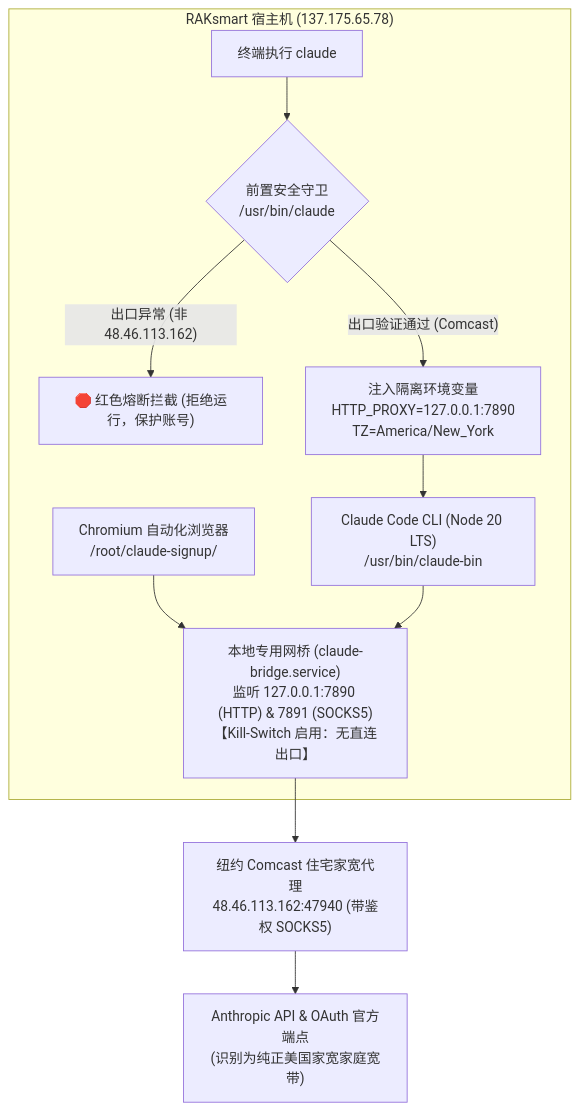
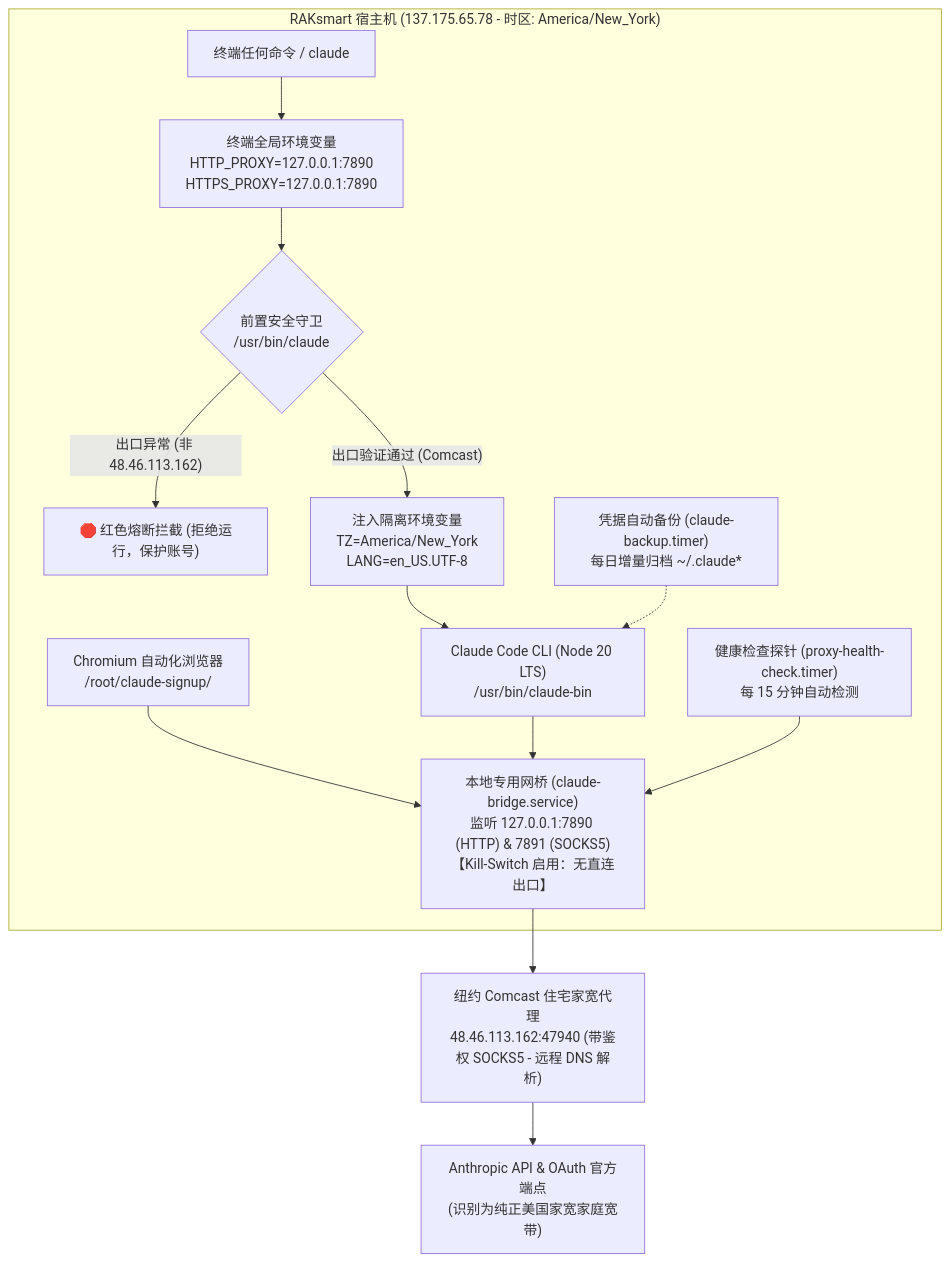
Before and after one commit to Arismemo/dmit: the diagram in playbook/08-rak-claude-residential-proxy.md, drawn with Mermaid. The commit also changed other lines of this file, not shown here.

````diff
--- a/playbook/08-rak-claude-residential-proxy.md
+++ b/playbook/08-rak-claude-residential-proxy.md
@@ -9,14 +9,17 @@
 ```mermaid
 flowchart TD
-    subgraph RAK_Host ["RAKsmart 宿主机 (137.175.65.78)"]
-        UserCLI["终端执行 claude"] --> Guard{"前置安全守卫<br>/usr/bin/claude"}
+    subgraph RAK_Host ["RAKsmart 宿主机 (137.175.65.78 - 时区: America/New_York)"]
+        UserCLI["终端任何命令 / claude"] --> ShellEnv["终端全局环境变量<br>HTTP_PROXY=127.0.0.1:7890<br>HTTPS_PROXY=127.0.0.1:7890"]
+        ShellEnv --> Guard{"前置安全守卫<br>/usr/bin/claude"}
         Guard -- "出口异常 (非 48.46.113.162)" --> Abort["🛑 红色熔断拦截 (拒绝运行，保护账号)"]
-        Guard -- "出口验证通过 (Comcast)" --> SetEnv["注入隔离环境变量<br>HTTP_PROXY=127.0.0.1:7890<br>TZ=America/New_York"]
+        Guard -- "出口验证通过 (Comcast)" --> SetEnv["注入隔离环境变量<br>TZ=America/New_York<br>LANG=en_US.UTF-8"]
         SetEnv --> ClaudeCore["Claude Code CLI (Node 20 LTS)<br>/usr/bin/claude-bin"]
         Chrome["Chromium 自动化浏览器<br>/root/claude-signup/"] --> LocalBridge
         ClaudeCore --> LocalBridge["本地专用网桥 (claude-bridge.service)<br>监听 127.0.0.1:7890 (HTTP) & 7891 (SOCKS5)<br>【Kill-Switch 启用：无直连出口】"]
+        HealthTimer["健康检查探针 (proxy-health-check.timer)<br>每 15 分钟自动检测"] --> LocalBridge
+        BackupTimer["凭据自动备份 (claude-backup.timer)<br>每日增量归档 ~/.claude*"] -.-> ClaudeCore
     end
 
-    LocalBridge --> ExtProxy["纽约 Comcast 住宅家宽代理<br>48.46.113.162:47940 (带鉴权 SOCKS5)"]
+    LocalBridge --> ExtProxy["纽约 Comcast 住宅家宽代理<br>48.46.113.162:47940 (带鉴权 SOCKS5 - 远程 DNS 解析)"]
     ExtProxy --> Anthropic["Anthropic API & OAuth 官方端点<br>(识别为纯正美国家宽家庭宽带)"]
 ```
````
